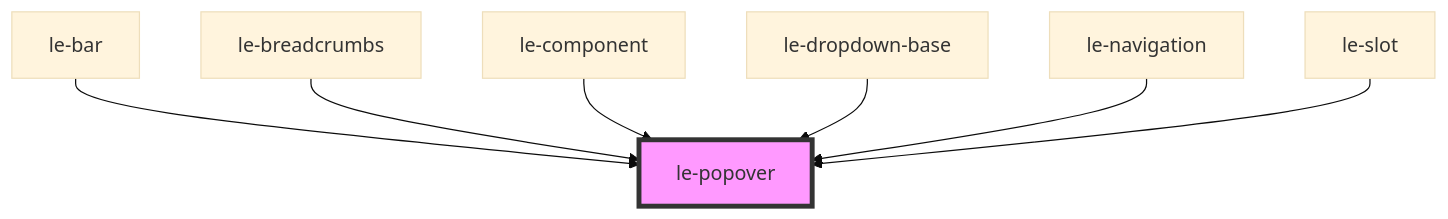
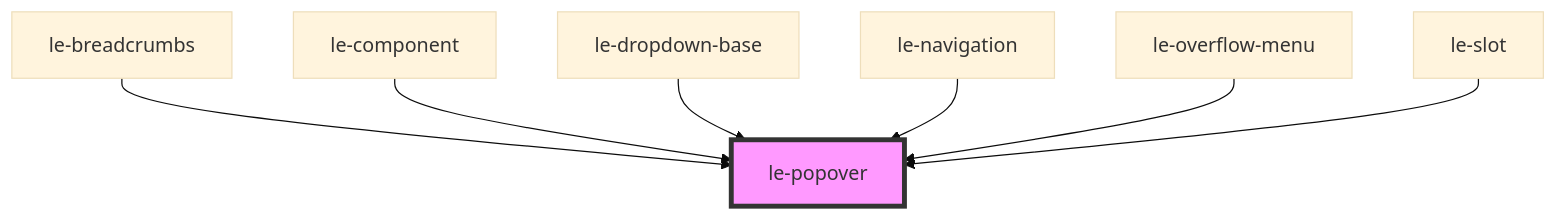
Before and after one commit to leechy/le-kit: the diagram in packages/core/src/components/le-popover/readme.md, drawn with Mermaid (base theme). The commit also changed other lines of this file and 34 other files, not shown here.

````diff
--- a/packages/core/src/components/le-popover/readme.md
+++ b/packages/core/src/components/le-popover/readme.md
@@ -113,10 +113,10 @@
 ```mermaid
 graph TD;
-  le-bar --> le-popover
   le-breadcrumbs --> le-popover
   le-component --> le-popover
   le-dropdown-base --> le-popover
   le-navigation --> le-popover
+  le-overflow-menu --> le-popover
   le-slot --> le-popover
   style le-popover fill:#f9f,stroke:#333,stroke-width:4px
 ```
````
